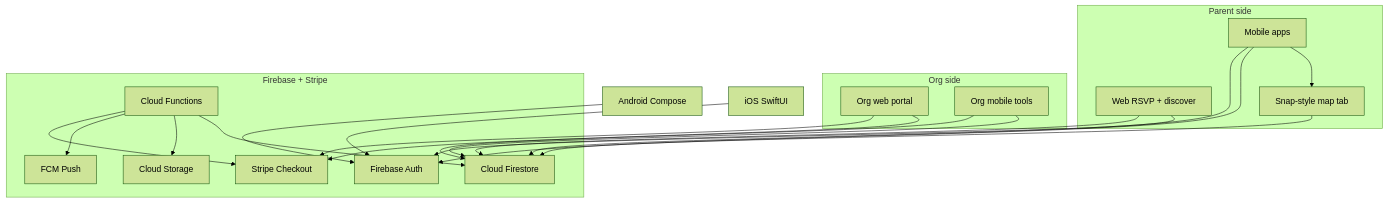
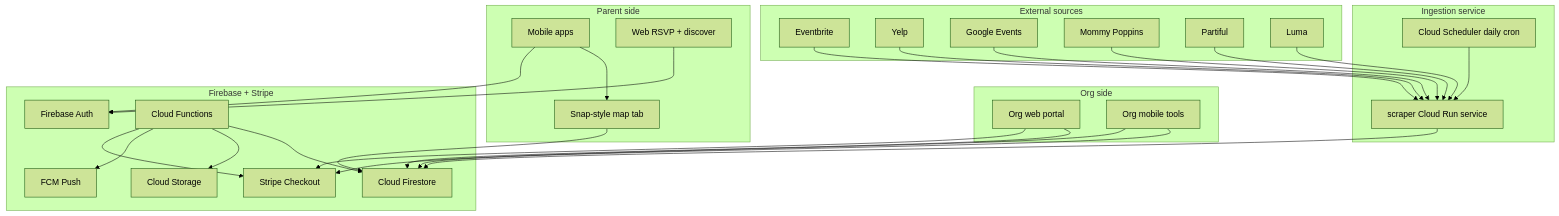
One commit to smmoose1/recess changed the first of 4 diagrams in PLAN.md. Above: the diagram before and after it, drawn with Mermaid (forest theme). The commit also changed other lines of this file, not shown here.

First line of the commit message:
Add daily external event ingestion from third-party platforms.

````diff
--- a/PLAN.md
+++ b/PLAN.md
@@ -15,39 +16,57 @@
 ```mermaid
 flowchart TB
+    subgraph sources [External sources]
+        Eventbrite
+        Yelp
+        GoogleEvents[Google Events]
+        MommyPoppins[Mommy Poppins]
+        Partiful
+        Luma
+    end
+
     subgraph consumers [Parent side]
         ParentApp[Mobile apps]
         ParentWeb[Web RSVP + discover]
         SnapMap[Snap-style map tab]
     end
 
     subgraph creators [Org side]
         OrgWeb[Org web portal]
         OrgMobile[Org mobile tools]
     end
 
+    subgraph ingest [Ingestion service]
+        Scheduler[Cloud Scheduler daily cron]
+        ScraperSvc[scraper Cloud Run service]
+    end
+
     subgraph platform [Firebase + Stripe]
         Auth[Firebase Auth]
         Firestore[Cloud Firestore]
         Storage[Cloud Storage]
         Functions[Cloud Functions]
         FCM[FCM Push]
         Stripe[Stripe Checkout]
     end
 
+    Scheduler --> ScraperSvc
+    Eventbrite --> ScraperSvc
+    Yelp --> ScraperSvc
+    GoogleEvents --> ScraperSvc
+    MommyPoppins --> ScraperSvc
+    Partiful --> ScraperSvc
+    Luma --> ScraperSvc
+    ScraperSvc --> Firestore
     ParentApp --> SnapMap
     ParentApp --> Auth
-    Android[Android Compose] --> Auth
-    iOS[iOS SwiftUI] --> Auth
     ParentWeb --> Auth
-    ParentApp --> Firestore
-    ParentWeb --> Firestore
     OrgWeb --> Firestore
     OrgWeb --> Stripe
     OrgMobile --> Firestore
     OrgMobile --> Stripe
     Functions --> Firestore
     Functions --> Storage
     Functions --> FCM
     Functions --> Stripe
     SnapMap --> Firestore
 ```
````
